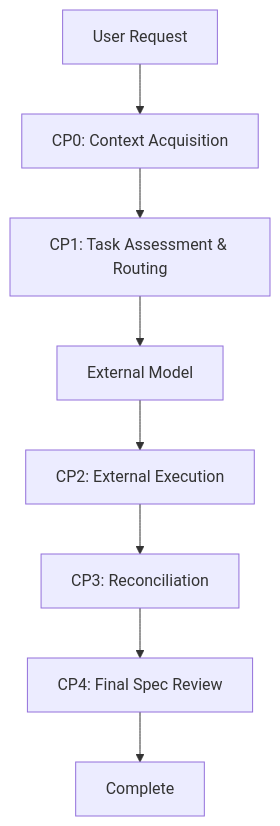
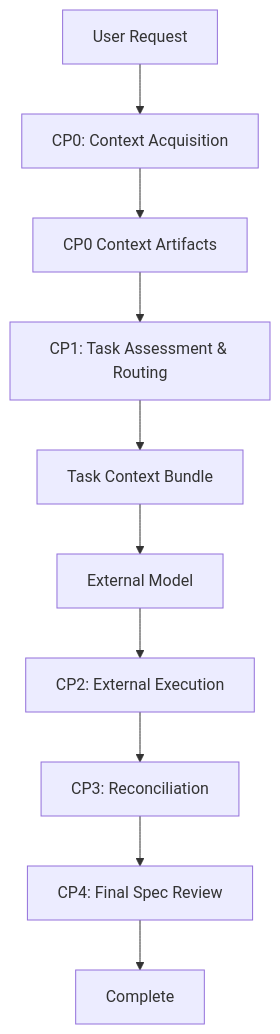
Before and after one commit to sitien173/refract: the third of 3 diagrams in plugin/docs/diagrams/ccg-workflow-architecture.md, drawn with Mermaid. The commit also changed 23 other files, not shown here.

````diff
--- a/plugin/docs/diagrams/ccg-workflow-architecture.md
+++ b/plugin/docs/diagrams/ccg-workflow-architecture.md
@@ -37,10 +37,12 @@
 ```mermaid
 flowchart TD
     START[User Request] --> CP0[CP0: Context Acquisition]
-    CP0 --> CP1[CP1: Task Assessment & Routing]
-    CP1 --> MODEL[External Model]
+    CP0 --> ARTIFACTS[CP0 Context Artifacts]
+    ARTIFACTS --> CP1[CP1: Task Assessment & Routing]
+    CP1 --> BUNDLE[Task Context Bundle]
+    BUNDLE --> MODEL[External Model]
     MODEL --> CP2[CP2: External Execution]
     CP2 --> CP3[CP3: Reconciliation]
     CP3 --> CP4[CP4: Final Spec Review]
     CP4 --> DONE[Complete]
 ```
````
